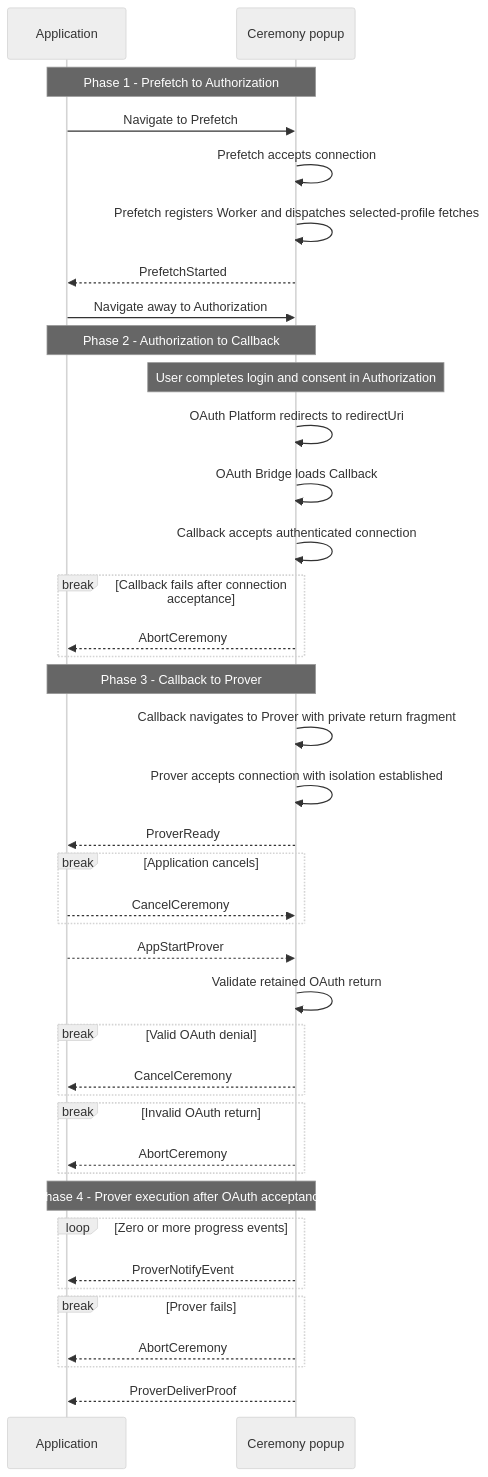
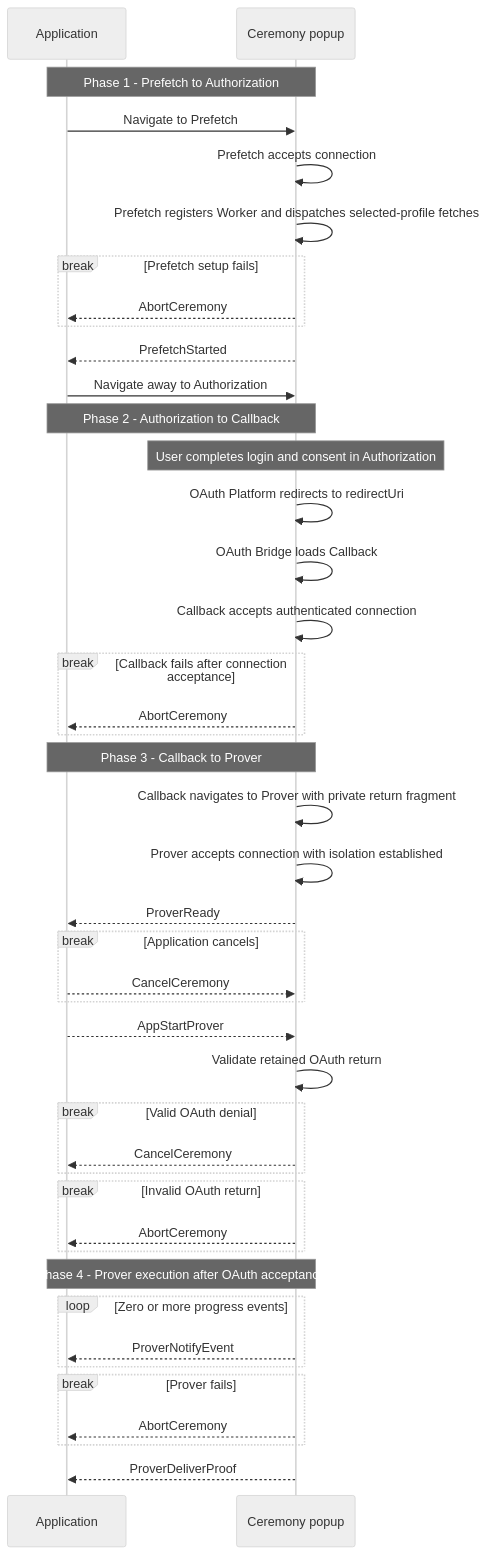
Before and after one commit to libid-org/libid: the diagram in ts/packages/ceremony/CCDP.md, drawn with Mermaid (neutral theme). The commit also changed other lines of this file and 7 other files, not shown here.

````diff
--- a/ts/packages/ceremony/CCDP.md
+++ b/ts/packages/ceremony/CCDP.md
@@ -484,46 +491,49 @@
 ```mermaid
 sequenceDiagram
     participant A as Application
     participant P as Ceremony popup
 
     Note over A,P: Phase 1 - Prefetch to Authorization
     A->>P: Navigate to Prefetch
     P->>P: Prefetch accepts connection
     P->>P: Prefetch registers Worker and dispatches selected-profile fetches
+    break Prefetch setup fails
+        P-->>A: AbortCeremony
+    end
     P-->>A: PrefetchStarted
     A->>P: Navigate away to Authorization
 
     Note over A,P: Phase 2 - Authorization to Callback
     Note over P: User completes login and consent in Authorization
     P->>P: OAuth Platform redirects to redirectUri
     P->>P: OAuth Bridge loads Callback
     P->>P: Callback accepts authenticated connection
     break Callback fails after connection acceptance
         P-->>A: AbortCeremony
     end
 
     Note over A,P: Phase 3 - Callback to Prover
     P->>P: Callback navigates to Prover with private return fragment
     P->>P: Prover accepts connection with isolation established
     P-->>A: ProverReady
     break Application cancels
         A-->>P: CancelCeremony
     end
     A-->>P: AppStartProver
 
     P->>P: Validate retained OAuth return
     break Valid OAuth denial
         P-->>A: CancelCeremony
     end
     break Invalid OAuth return
         P-->>A: AbortCeremony
     end
     Note over A,P: Phase 4 - Prover execution after OAuth acceptance
     loop Zero or more progress events
         P-->>A: ProverNotifyEvent
     end
     break Prover fails
         P-->>A: AbortCeremony
     end
     P-->>A: ProverDeliverProof
 ```
````
